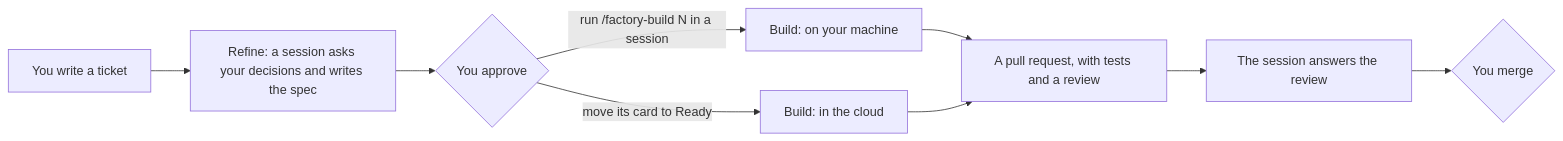
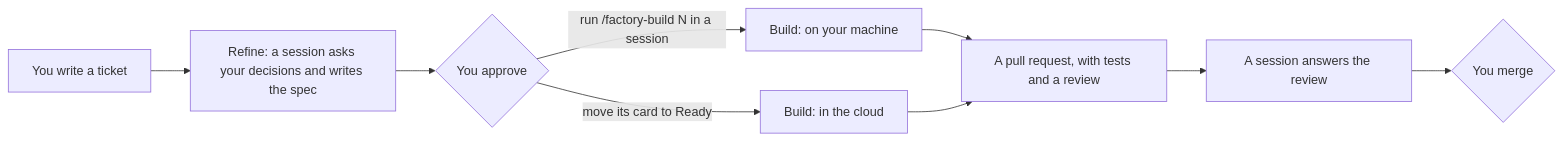
Before and after one commit to davidbyoung/software-factory: the diagram in README.md, drawn with Mermaid. The commit also changed other lines of this file and 252 other files, not shown here.

````diff
--- a/README.md
+++ b/README.md
@@ -38,11 +38,11 @@
 ```mermaid
 flowchart LR
     A[You write a ticket] --> B[Refine: a session asks your decisions and writes the spec]
     B --> C{You approve}
     C -->|"run /factory-build N in a session"| D[Build: on your machine]
     C -->|move its card to Ready| E[Build: in the cloud]
     D --> F[A pull request, with tests and a review]
     E --> F
-    F --> G[The session answers the review]
+    F --> G[A session answers the review]
     G --> H{You merge}
 ```
````
